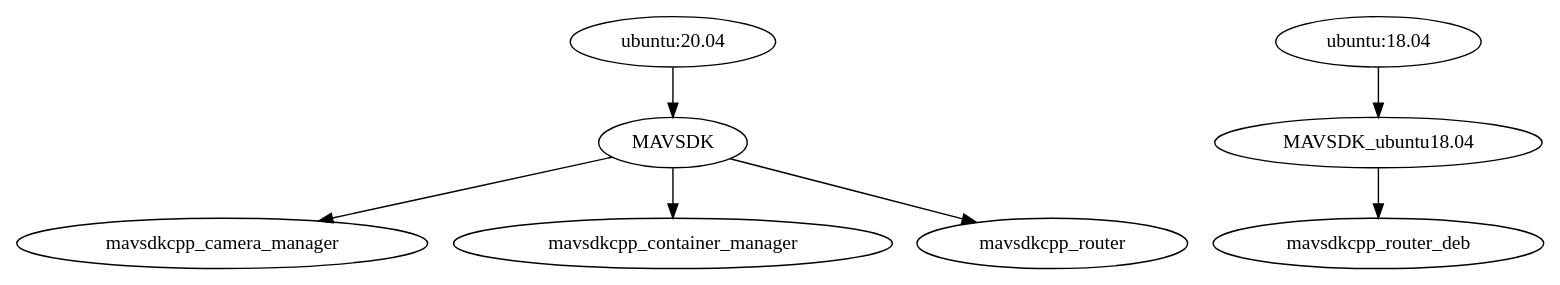
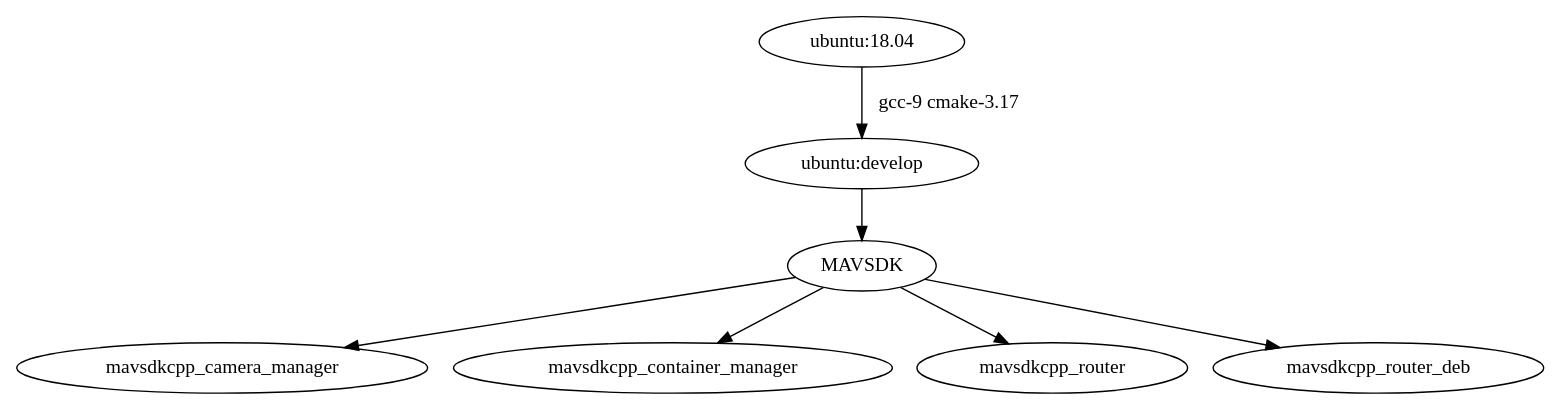
The second of 3 diagrams in source/drones/drone.rst (coccobas/DocuConversionNotion), drawn with Graphviz before and after one commit.

Commit message:
use base ubuntu18 for all mavsdkcpp app

```diff
--- a/source/drones/drone.rst
+++ b/source/drones/drone.rst
@@ -24,16 +24,16 @@
 .. graphviz::
 
    digraph mavsdkcpp_containers {
       "MAVSDK" [URL="https://github.com/BeagleSystems/mavsdk"]
-      "ubuntu:20.04"
       "ubuntu:18.04"
+      "ubuntu:develop"
       "mavsdkcpp_camera_manager" [URL="https://github.com/BeagleSystems/mavsdkcpp-camera-manager"]
       "mavsdkcpp_container_manager" [URL="https://github.com/BeagleSystems/mavsdkcpp-container-manager"]
       "mavsdkcpp_router" [URL="https://github.com/BeagleSystems/mavsdkcpp-router"]
-      "ubuntu:18.04" -> "MAVSDK_ubuntu18.04"
-      "MAVSDK_ubuntu18.04" -> "mavsdkcpp_router_deb"
-      "ubuntu:20.04" -> "MAVSDK"
+      "ubuntu:18.04" -> "ubuntu:develop" [ label="gcc-9 cmake-3.17" ]
+      "ubuntu:develop" -> "MAVSDK"
+      "MAVSDK" -> "mavsdkcpp_router_deb"
       "MAVSDK" -> "mavsdkcpp_camera_manager"
       "MAVSDK" -> "mavsdkcpp_container_manager"
       "MAVSDK" -> "mavsdkcpp_router"
    }
```
